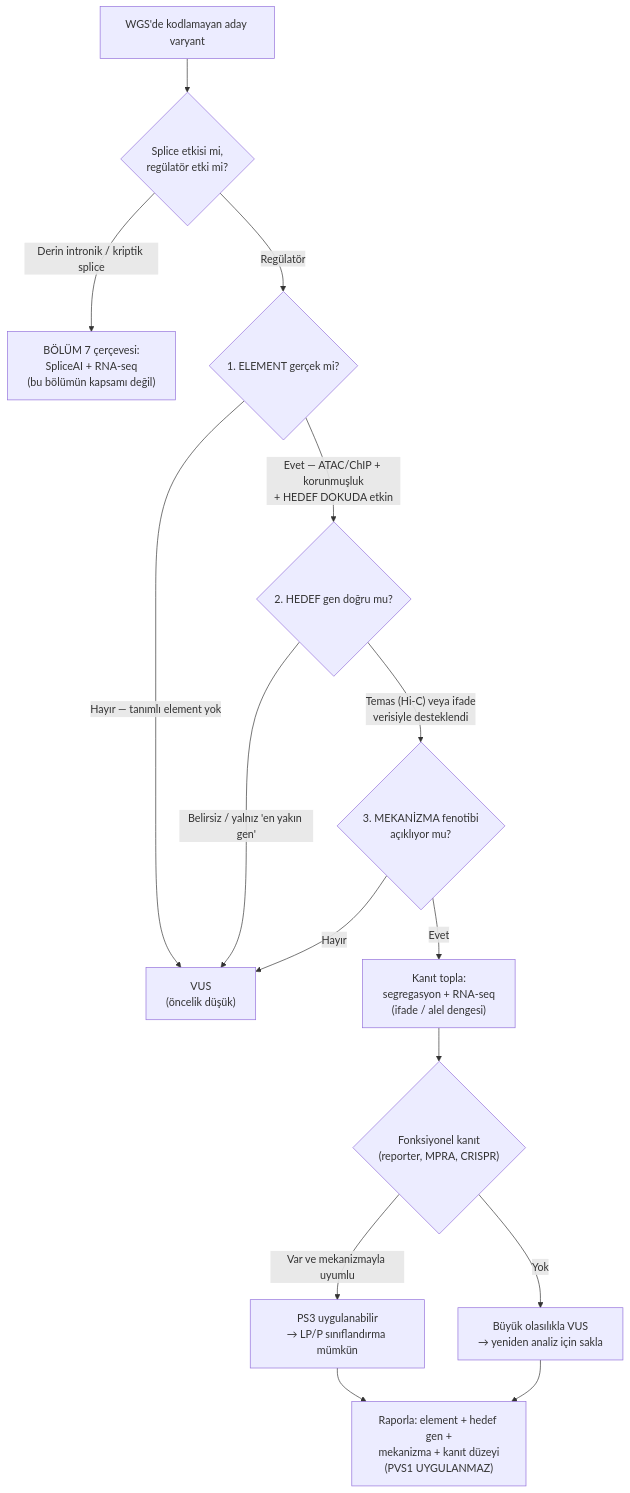
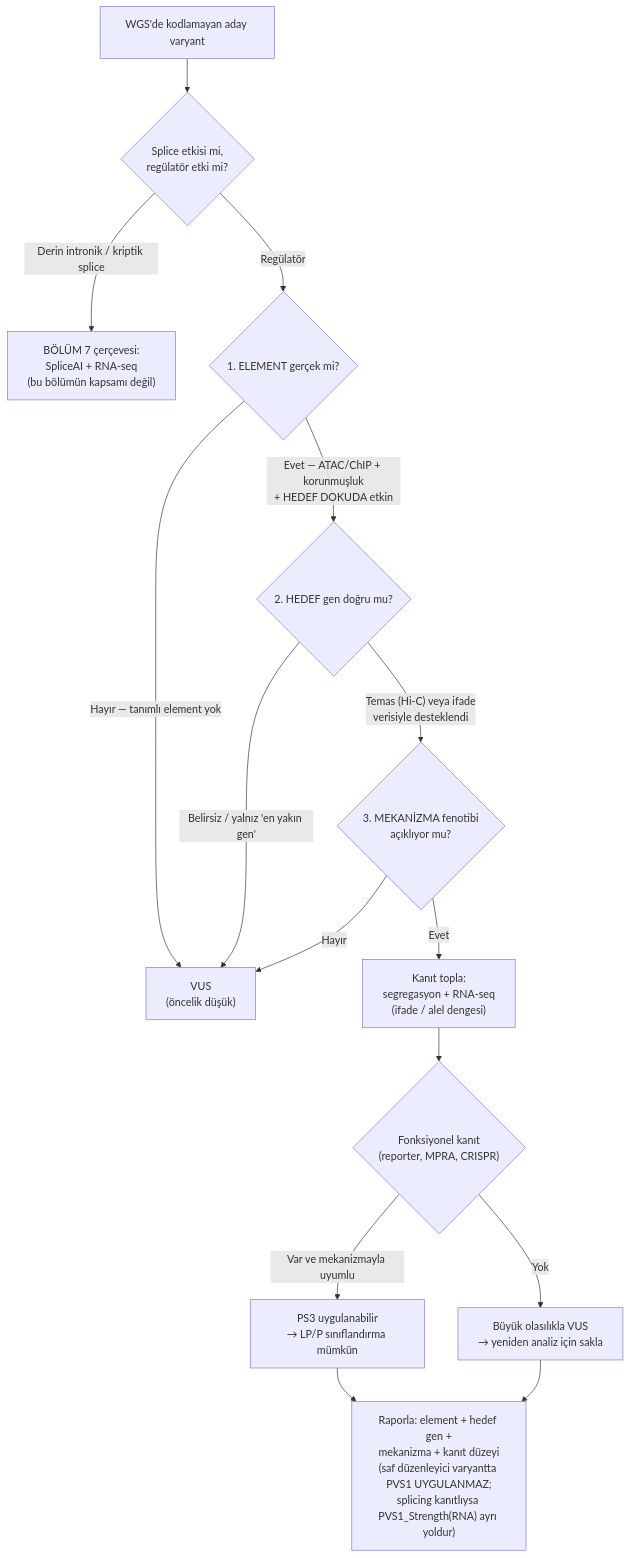
Before and after one commit to MDKalenderoglu/Mekanizma_Kitab-: the second of 3 diagrams in Bölüm_13_Noncoding_Regulator_Varyantlar.md, drawn with Mermaid. The commit also changed other lines of this file and 2 other files, not shown here.

````diff
--- a/Bölüm_13_Noncoding_Regulator_Varyantlar.md
+++ b/Bölüm_13_Noncoding_Regulator_Varyantlar.md
@@ -214,22 +216,22 @@
 ```mermaid
 flowchart TD
   A["WGS'de kodlamayan aday varyant"] --> B{"Splice etkisi mi,<br/>regülatör etki mi?"}
   B -->|"Derin intronik / kriptik splice"| C["BÖLÜM 7 çerçevesi:<br/>SpliceAI + RNA-seq<br/>(bu bölümün kapsamı değil)"]
   B -->|"Regülatör"| D{"1. ELEMENT gerçek mi?"}
 
   D -->|"Hayır — tanımlı element yok"| E["VUS<br/>(öncelik düşük)"]
   D -->|"Evet — ATAC/ChIP + korunmuşluk<br/>+ HEDEF DOKUDA etkin"| F{"2. HEDEF gen doğru mu?"}
 
   F -->|"Belirsiz / yalnız 'en yakın gen'"| E
   F -->|"Temas (Hi-C) veya ifade<br/>verisiyle desteklendi"| G{"3. MEKANİZMA fenotibi<br/>açıklıyor mu?"}
 
   G -->|"Hayır"| E
   G -->|"Evet"| H["Kanıt topla:<br/>segregasyon + RNA-seq<br/>(ifade / alel dengesi)"]
 
   H --> I{"Fonksiyonel kanıt<br/>(reporter, MPRA, CRISPR)"}
   I -->|"Var ve mekanizmayla uyumlu"| J["PS3 uygulanabilir<br/>→ LP/P sınıflandırma mümkün"]
   I -->|"Yok"| K["Büyük olasılıkla VUS<br/>→ yeniden analiz için sakla"]
 
-  J --> L["Raporla: element + hedef gen +<br/>mekanizma + kanıt düzeyi<br/>(PVS1 UYGULANMAZ)"]
+  J --> L["Raporla: element + hedef gen +<br/>mekanizma + kanıt düzeyi<br/>(saf düzenleyici varyantta PVS1 UYGULANMAZ;<br/>splicing kanıtlıysa PVS1_Strength(RNA) ayrı yoldur)"]
   K --> L
 ```
````
